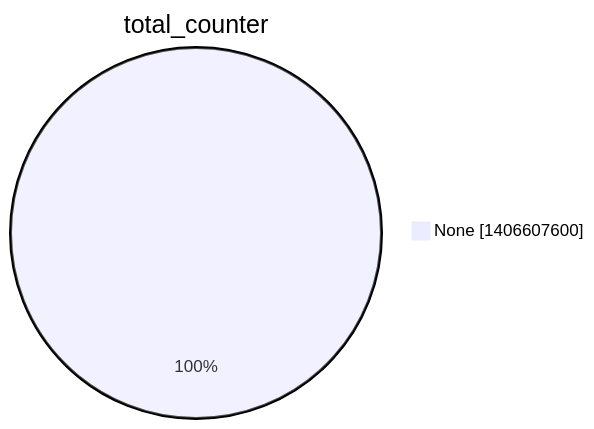
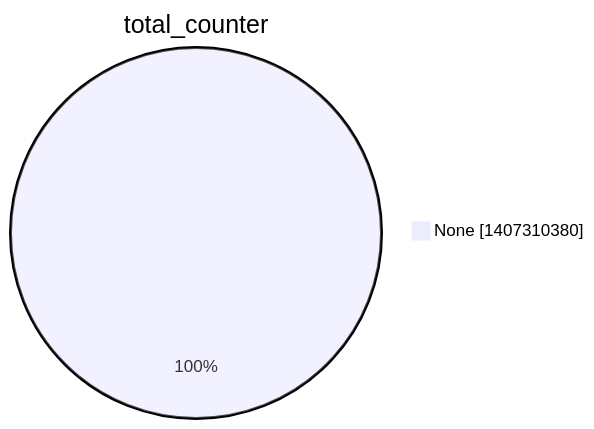
Before and after one commit to christiankrug/ctmonitor_visualization: the second of 15 diagrams in argon2022/README.md, drawn with Mermaid. The commit also changed other lines of this file, not shown here.

````diff
--- a/argon2022/README.md
+++ b/argon2022/README.md
@@ -9,5 +9,5 @@
 ```mermaid
 pie showData
 title total_counter
-"None" :1406607600
+"None" :1407310380
 ```
````
